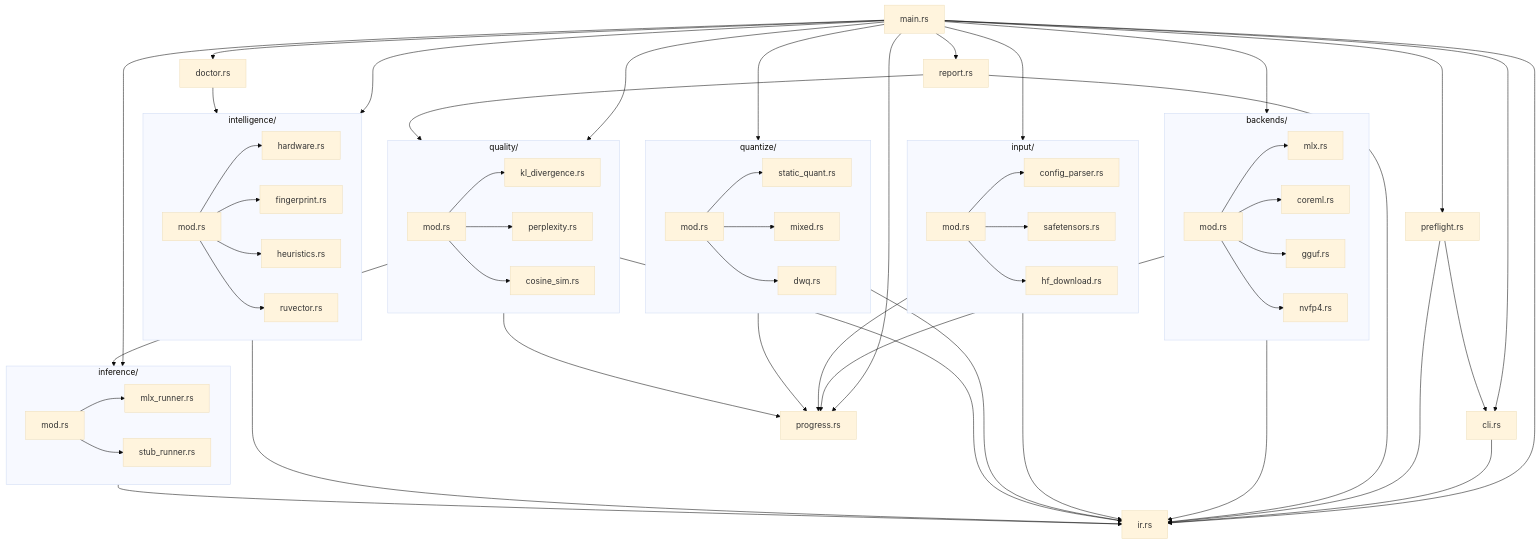
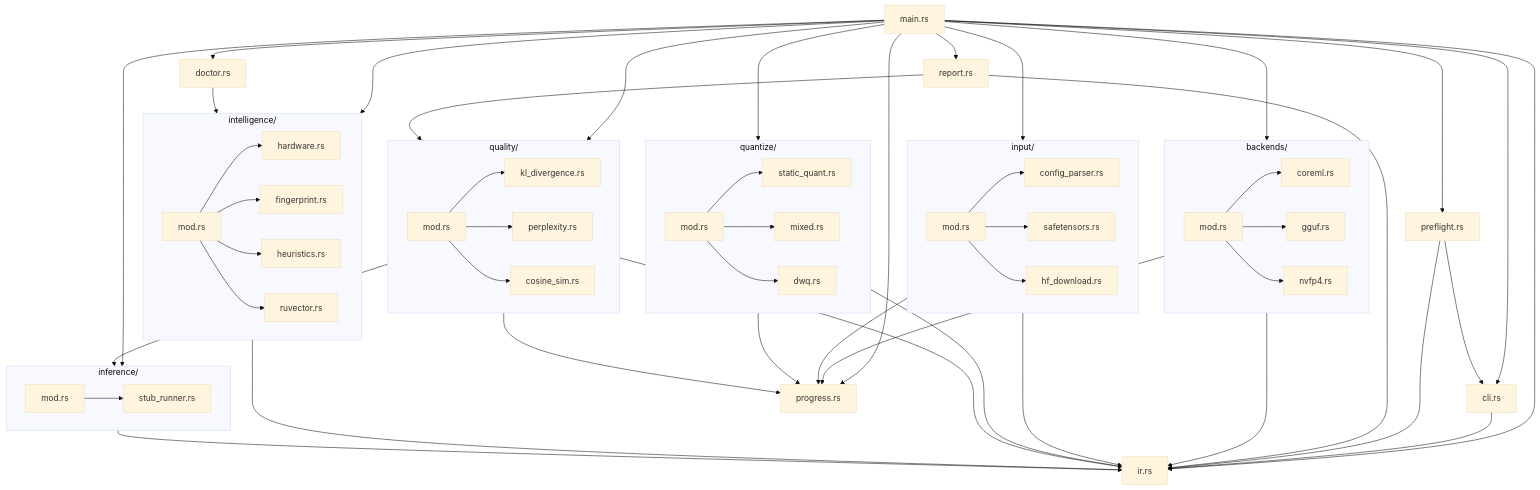
One commit to robertelee78/hf2q changed the second of 4 diagrams in docs/architecture.md. Above: the diagram before and after it, drawn with Mermaid (base theme). The commit also changed other lines of this file and 55 other files, not shown here.

````diff
--- a/docs/architecture.md
+++ b/docs/architecture.md
@@ -73,70 +71,68 @@
 ```mermaid
 flowchart TB
     main[main.rs] --> cli[cli.rs]
     main --> backends
     main --> input
     main --> quantize
     main --> quality
     main --> intelligence
     main --> inference
     main --> preflight[preflight.rs]
     main --> progress[progress.rs]
     main --> report[report.rs]
     main --> doctor[doctor.rs]
     main --> ir[ir.rs]
 
     cli --> ir
     backends --> ir
     backends --> progress
     input --> ir
     input --> progress
     quantize --> ir
     quantize --> progress
     quality --> inference
     quality --> ir
     quality --> progress
     intelligence --> ir
     inference --> ir
     preflight --> cli
     preflight --> ir
     report --> ir
     report --> quality
     doctor --> intelligence
 
     subgraph backends[backends/]
-        b_mod[mod.rs] --> b_mlx[mlx.rs]
-        b_mod --> b_coreml[coreml.rs]
+        b_mod[mod.rs] --> b_coreml[coreml.rs]
         b_mod --> b_gguf[gguf.rs]
         b_mod --> b_nvfp4[nvfp4.rs]
     end
 
     subgraph input[input/]
         i_mod[mod.rs] --> i_cfg[config_parser.rs]
         i_mod --> i_st[safetensors.rs]
         i_mod --> i_dl[hf_download.rs]
     end
 
     subgraph quantize[quantize/]
         q_mod[mod.rs] --> q_static[static_quant.rs]
         q_mod --> q_mixed[mixed.rs]
         q_mod --> q_dwq[dwq.rs]
     end
 
     subgraph quality[quality/]
         ql_mod[mod.rs] --> ql_kl[kl_divergence.rs]
         ql_mod --> ql_ppl[perplexity.rs]
         ql_mod --> ql_cos[cosine_sim.rs]
     end
 
     subgraph intelligence[intelligence/]
         int_mod[mod.rs] --> int_hw[hardware.rs]
         int_mod --> int_fp[fingerprint.rs]
         int_mod --> int_heur[heuristics.rs]
         int_mod --> int_rv[ruvector.rs]
     end
 
     subgraph inference[inference/]
-        inf_mod[mod.rs] --> inf_mlx[mlx_runner.rs]
-        inf_mod --> inf_stub[stub_runner.rs]
+        inf_mod[mod.rs] --> inf_stub[stub_runner.rs]
     end
 ```
````
